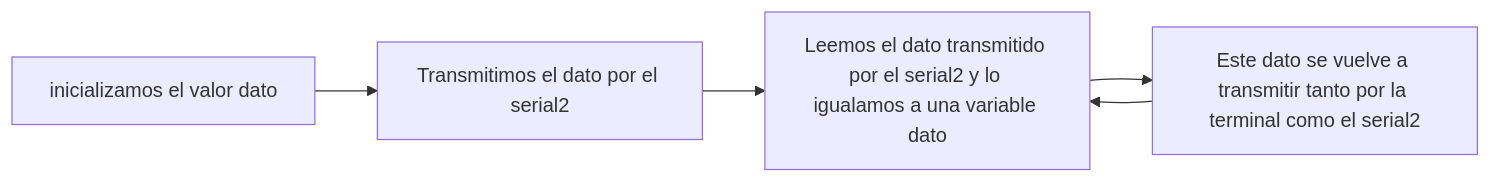
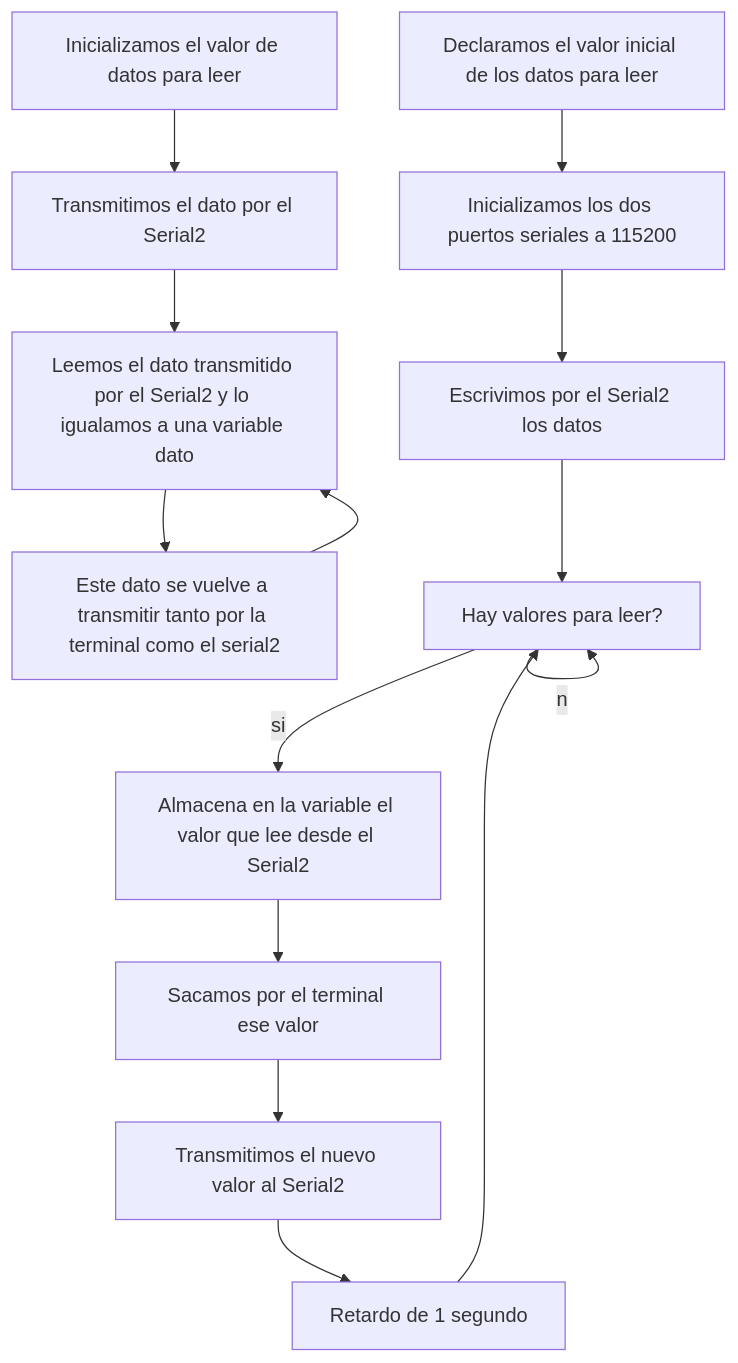
One commit to ona03/PD_P8 changed the diagram in README.md. Above: the diagram before and after it, drawn with Mermaid. The commit also changed other lines of this file, not shown here.

````diff
--- a/README.md
+++ b/README.md
@@ -160,9 +143,16 @@
 ```mermaid
-flowchart LR;
-  A[inicializamos el valor dato]-->B;
-  B[Transmitimos el dato por el serial2]-->C;
-  C[Leemos el dato transmitido por el serial2 y lo igualamos a una variable dato]-->D;
+flowchart TD;
+  A[Inicializamos el valor de datos para leer]-->B;
+  B[Transmitimos el dato por el Serial2]-->C;
+  C[Leemos el dato transmitido por el Serial2 y lo igualamos a una variable dato]-->D;
   D[Este dato se vuelve a transmitir tanto por la terminal como el serial2]-->C;
 
 
+  a[Declaramos el valor inicial de los datos para leer]-->b;
+  b[Inicializamos los dos puertos seriales a 115200]-->c[Escrivimos por el Serial2 los datos]-->d[Hay valores para leer?];
+  d--si-->e[Almacena en la variable el valor que lee desde el Serial2];
+  e-->f[Sacamos por el terminal ese valor];
+  f-->g[Transmitimos el nuevo valor al Serial2];
+  g-->h[Retardo de 1 segundo]-->d;
+  d--no-->d;
 ```
````
